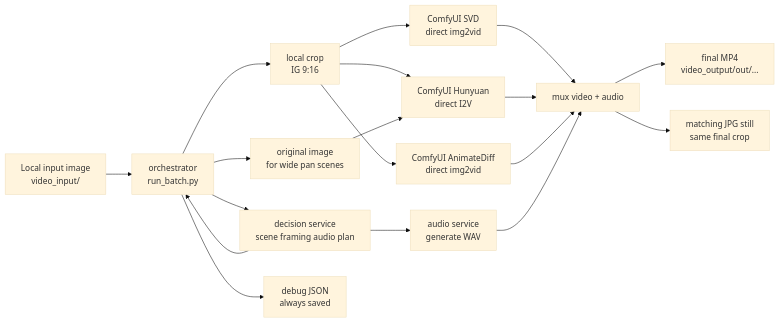
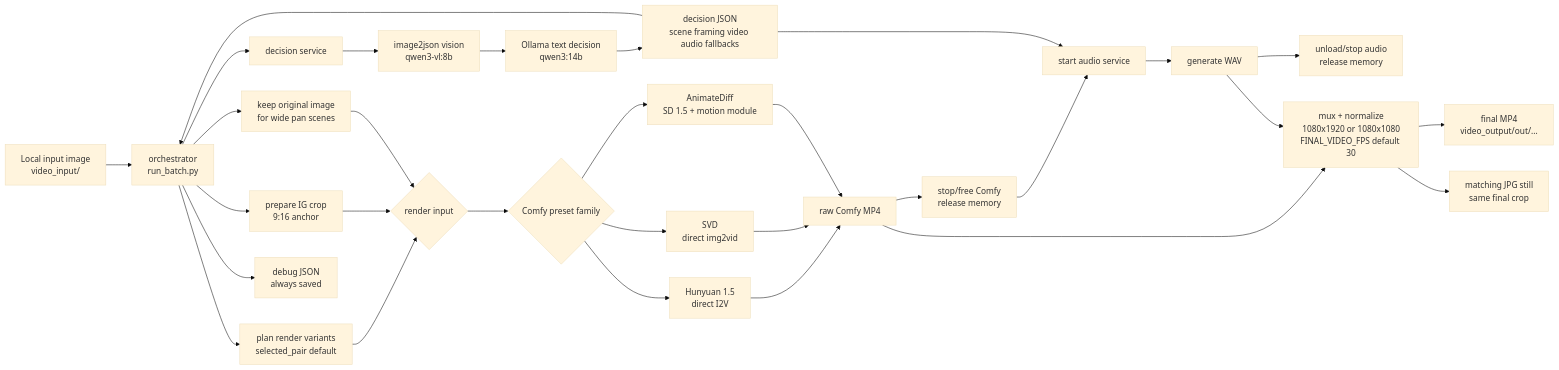
One commit to lemaxw/image2videoAWSIG changed the diagram in README.md. Above: the diagram before and after it, drawn with Mermaid (base theme). The commit also changed other lines of this file and 8 other files, not shown here.

Commit message:
started use local vision and text model

````diff
--- a/README.md
+++ b/README.md
@@ -37,20 +38,40 @@
 ```mermaid
 flowchart LR
     A[Local input image<br/>video_input/] --> B[orchestrator<br/>run_batch.py]
-    B --> C[decision service<br/>scene framing audio plan]
-    B --> D[local crop<br/>IG 9:16]
-    B --> O[original image<br/>for wide pan scenes]
-    C --> B
-    D --> K[ComfyUI Hunyuan<br/>direct I2V]
-    O --> K
-    D --> F[ComfyUI SVD<br/>direct img2vid]
-    D --> L[ComfyUI AnimateDiff<br/>direct img2vid]
-    C --> G[audio service<br/>generate WAV]
-    F --> H[mux video + audio]
-    K --> H
-    L --> H
-    G --> H
-    H --> I[final MP4<br/>video_output/out/...]
-    H --> M[matching JPG still<br/>same final crop]
-    B --> J[debug JSON<br/>always saved]
+
+    B --> C[decision service]
+    C --> C1[image2json vision<br/>qwen3-vl:8b]
+    C1 --> C2[Ollama text decision<br/>qwen3:14b]
+    C2 --> D[decision JSON<br/>scene framing video audio fallbacks]
+    D --> B
+
+    B --> E[prepare IG crop<br/>9:16 anchor]
+    B --> F[keep original image<br/>for wide pan scenes]
+    B --> G[plan render variants<br/>selected_pair default]
+
+    G --> H{render input}
+    E --> H
+    F --> H
+
+    H --> I{Comfy preset family}
+    I --> J[Hunyuan 1.5<br/>direct I2V]
+    I --> K[SVD<br/>direct img2vid]
+    I --> L[AnimateDiff<br/>SD 1.5 + motion module]
+
+    J --> M[raw Comfy MP4]
+    K --> M
+    L --> M
+
+    M --> N[stop/free Comfy<br/>release memory]
+    N --> O[start audio service]
+    D --> O
+    O --> P[generate WAV]
+    P --> Q[unload/stop audio<br/>release memory]
+
+    M --> R[mux + normalize<br/>1080x1920 or 1080x1080<br/>FINAL_VIDEO_FPS default 30]
+    P --> R
+    R --> S[final MP4<br/>video_output/out/...]
+    R --> T[matching JPG still<br/>same final crop]
+
+    B --> U[debug JSON<br/>always saved]
 ```
````
